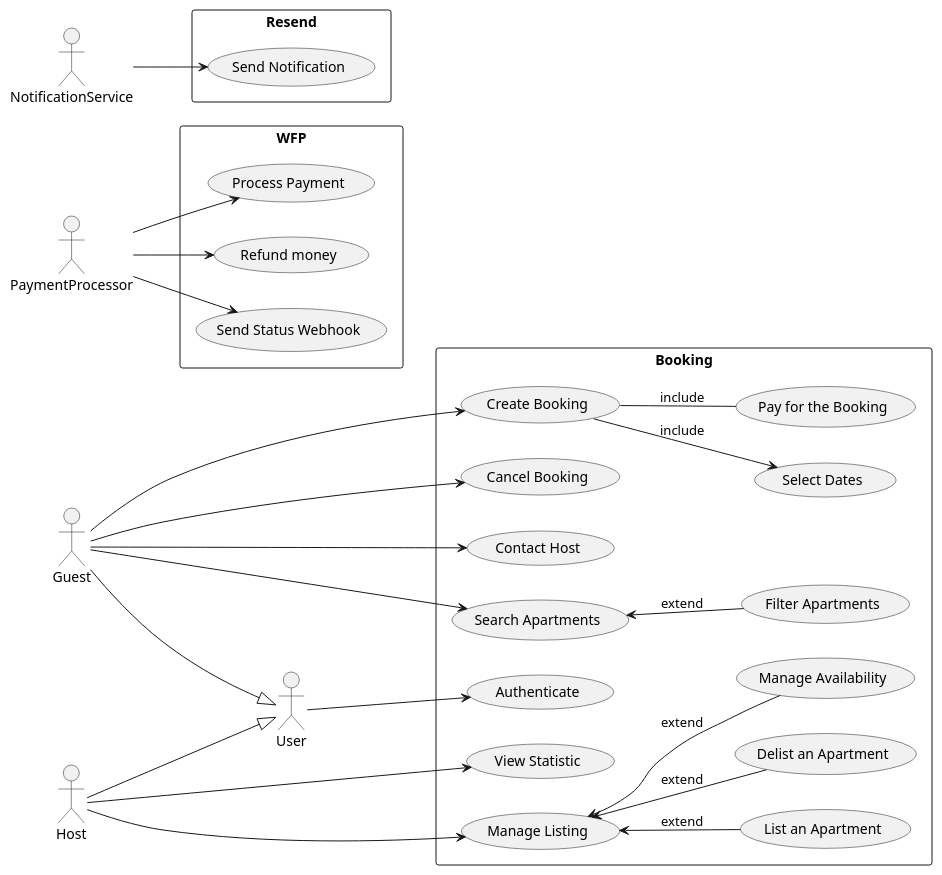
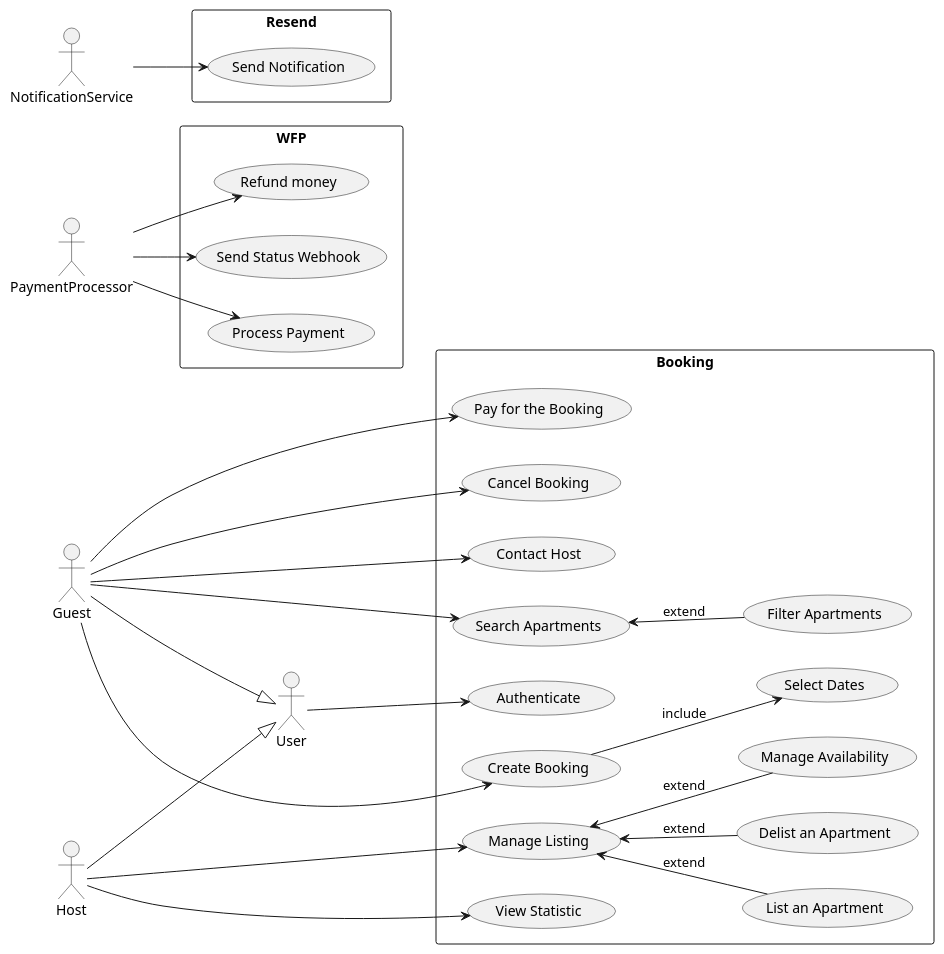
One commit to opvlad/kpi-mavpz changed the diagram in lab2/ucd.md. Above: the diagram before and after it, drawn with PlantUML. The commit also changed 1 other file, not shown here.

Commit message:
fix: separated pay for the booking UC

````diff
--- a/lab2/ucd.md
+++ b/lab2/ucd.md
@@ -1,72 +1,72 @@
 ```plantuml
 @startuml
 left to right direction
 
 actor User
 actor Guest
 actor Host
 actor PaymentProcessor
 Actor NotificationService
 
 Guest --|> User
 Host --|> User
 
 
 rectangle Booking {
     usecase "Authenticate"
     usecase "Search Apartments"
     usecase "Filter Apartments"
     usecase "Create Booking"
     usecase "Select Dates"
     usecase "Pay for the Booking"
     usecase "Cancel Booking"
     usecase "Contact Host"
 
     usecase "Manage Listing"
     usecase "List an Apartment"
     usecase "Delist an Apartment"
     usecase "Manage Availability"
     usecase "View Statistic"
 
 }
 
 rectangle WFP {
     usecase "Process Payment"
     usecase "Refund money"
     usecase "Send Status Webhook"
 }
 
 rectangle Resend {
     usecase "Send Notification"
 }
 
 
 User --> "Authenticate"
 
 
 Guest --> "Search Apartments"
 Guest --> "Create Booking"
+Guest --> "Pay for the Booking"
 Guest --> "Cancel Booking"
 Guest --> "Contact Host"
 
 "Search Apartments" <-- "Filter Apartments" : extend
 "Create Booking" --> "Select Dates" : include
-"Create Booking" -- "Pay for the Booking" : include
 
 
 Host --> "Manage Listing"
 Host --> "View Statistic"
 
 "Manage Listing" <-- "List an Apartment" : extend
 "Manage Listing" <-- "Delist an Apartment" : extend
 "Manage Listing" <-- "Manage Availability" : extend
 
 
 PaymentProcessor --> "Process Payment"
 PaymentProcessor --> "Refund money"
 PaymentProcessor --> "Send Status Webhook"
 
 
 NotificationService --> "Send Notification"
 @enduml
 ```
````
